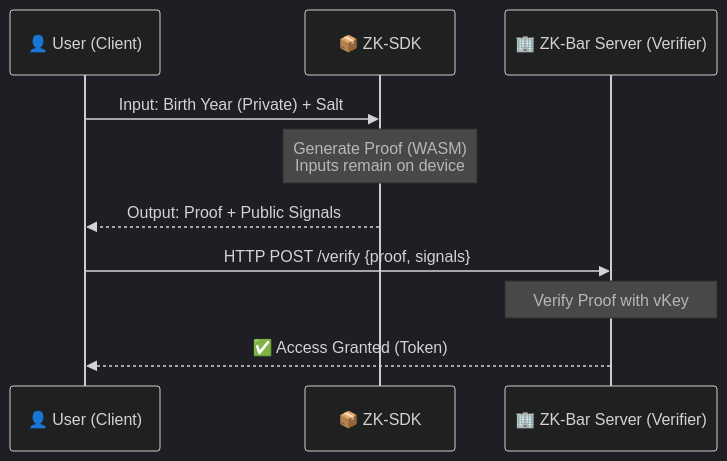
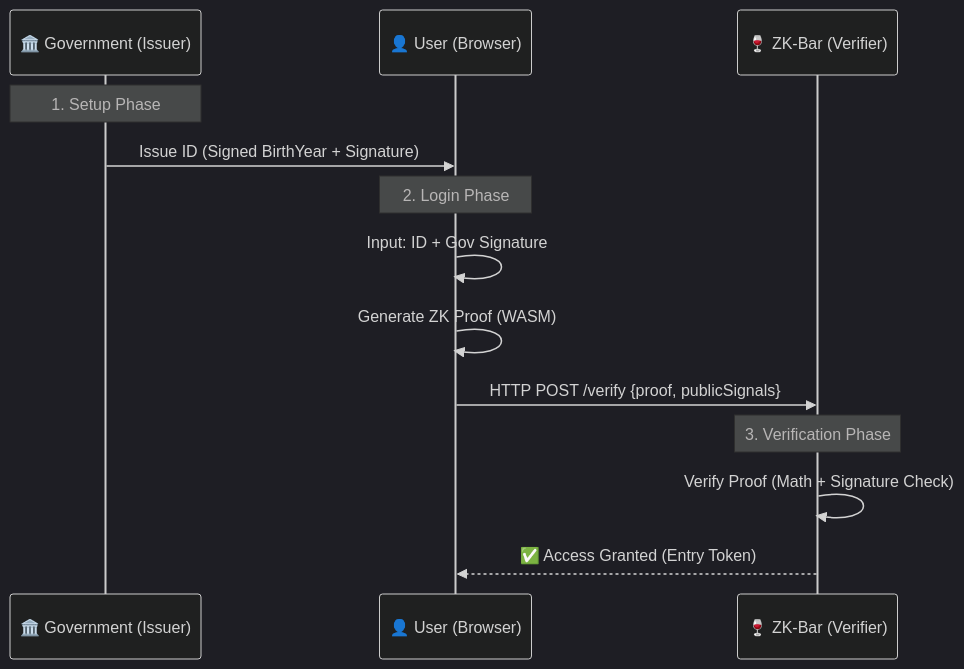
One commit to 9ames7uan/ZK-Login changed the diagram in README.md. Above: the diagram before and after it, drawn with Mermaid (dark theme). The commit also changed other lines of this file and 3 other files, not shown here.

````diff
--- a/README.md
+++ b/README.md
@@ -21,13 +21,18 @@
 ```mermaid
 sequenceDiagram
-    participant User as 👤 User (Client)
-    participant SDK as 📦 ZK-SDK
-    participant Server as 🏢 ZK-Bar Server (Verifier)
+    participant Gov as 🏛️ Government (Issuer)
+    participant User as 👤 User (Browser)
+    participant Server as 🍷 ZK-Bar (Verifier)
 
-    User->>SDK: Input: Birth Year (Private) + Salt
-    Note over SDK: Generate Proof (WASM)<br/>Inputs remain on device
-    SDK-->>User: Output: Proof + Public Signals
-    User->>Server: HTTP POST /verify {proof, signals}
-    Note over Server: Verify Proof with vKey
-    Server-->>User: ✅ Access Granted (Token)
+    Note over Gov: 1. Setup Phase
+    Gov->>User: Issue ID (Signed BirthYear + Signature)
+
+    Note over User: 2. Login Phase
+    User->>User: Input: ID + Gov Signature
+    User->>User: Generate ZK Proof (WASM)
+    User->>Server: HTTP POST /verify {proof, publicSignals}
+
+    Note over Server: 3. Verification Phase
+    Server->>Server: Verify Proof (Math + Signature Check)
+    Server-->>User: ✅ Access Granted (Entry Token)
 ```
````
